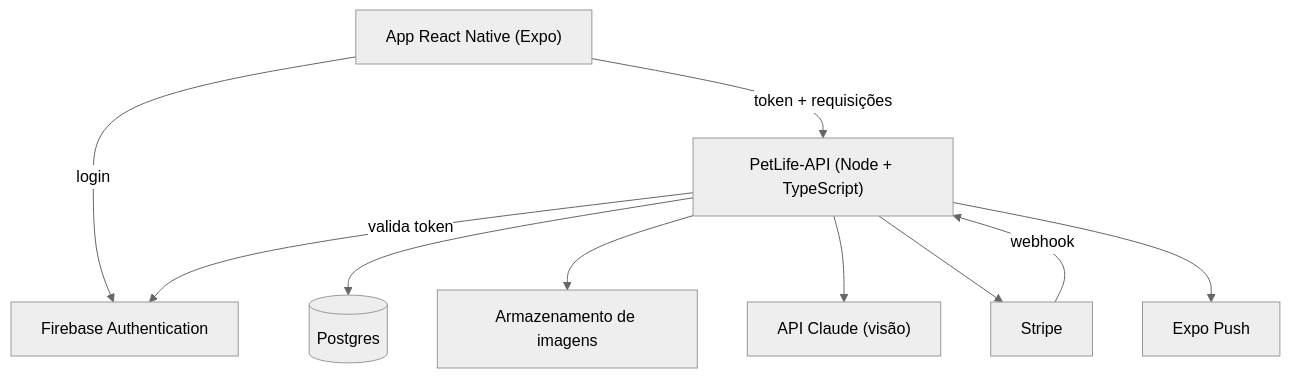
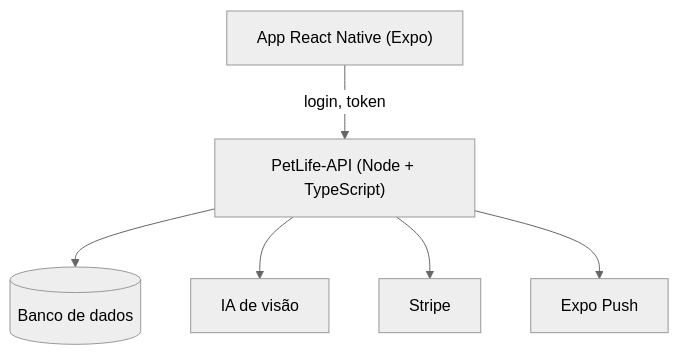
One commit to elispethke/Pet-Life-App changed the diagram in docs/architecture.md. Above: the diagram before and after it, drawn with Mermaid (neutral theme). The commit also changed other lines of this file and 239 other files, not shown here.

Commit message:
Etapa 1: retira o Firebase e deixa o login simulado em memória

````diff
--- a/docs/architecture.md
+++ b/docs/architecture.md
@@ -8,12 +8,8 @@
 ```mermaid
 flowchart TB
-  App["App React Native (Expo)"] -->|login| FB["Firebase Authentication"]
-  App -->|"token + requisições"| API["PetLife-API (Node + TypeScript)"]
-  API -->|valida token| FB
-  API --> DB[("Postgres")]
-  API --> ST["Armazenamento de imagens"]
-  API --> AI["API Claude (visão)"]
+  App["App React Native (Expo)"] -->|"login, token"| API["PetLife-API (Node + TypeScript)"]
+  API --> DB[("Banco de dados")]
+  API --> AI["IA de visão"]
   API --> PAY["Stripe"]
-  PAY -->|webhook| API
   API --> PUSH["Expo Push"]
 ```
````
